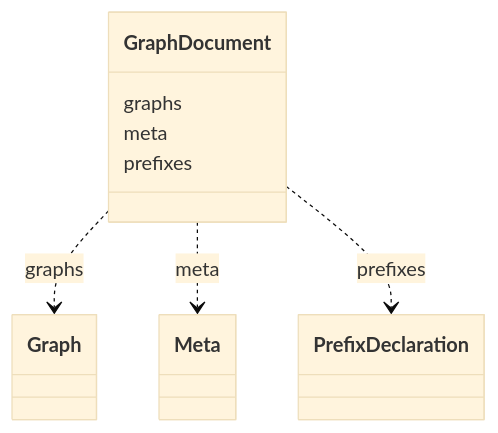
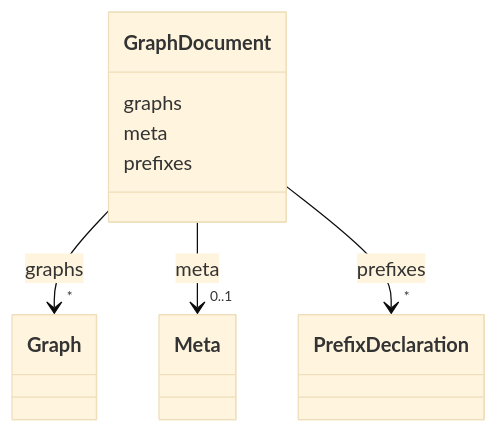
One commit to INCATools/ontology-access-kit changed the diagram in docs/datamodels/obograph/GraphDocument.md. Above: the diagram before and after it, drawn with Mermaid (base theme). The commit also changed other lines of this file and 23 other files, not shown here.

````diff
--- a/docs/datamodels/obograph/GraphDocument.md
+++ b/docs/datamodels/obograph/GraphDocument.md
@@ -11,17 +19,33 @@
-```{mermaid}
+```mermaid
  classDiagram
     class GraphDocument
+    click GraphDocument href "../GraphDocument"
       GraphDocument : graphs
         
-          GraphDocument ..> Graph : graphs
+          
+    
+    
+    GraphDocument --> "*" Graph : graphs
+    click Graph href "../Graph"
+
         
       GraphDocument : meta
         
-          GraphDocument ..> Meta : meta
+          
+    
+    
+    GraphDocument --> "0..1" Meta : meta
+    click Meta href "../Meta"
+
         
       GraphDocument : prefixes
         
-          GraphDocument ..> PrefixDeclaration : prefixes
+          
+    
+    
+    GraphDocument --> "*" PrefixDeclaration : prefixes
+    click PrefixDeclaration href "../PrefixDeclaration"
+
         
       
 ```
````
